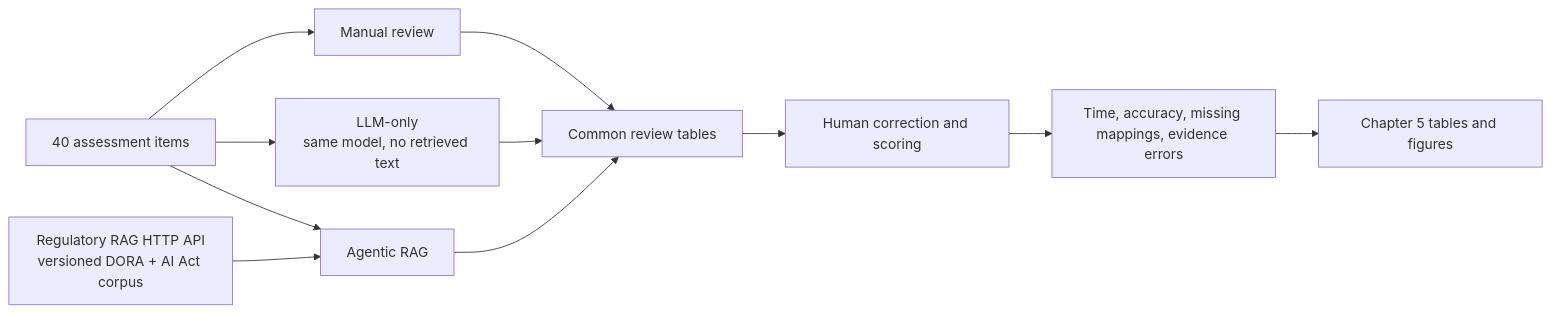
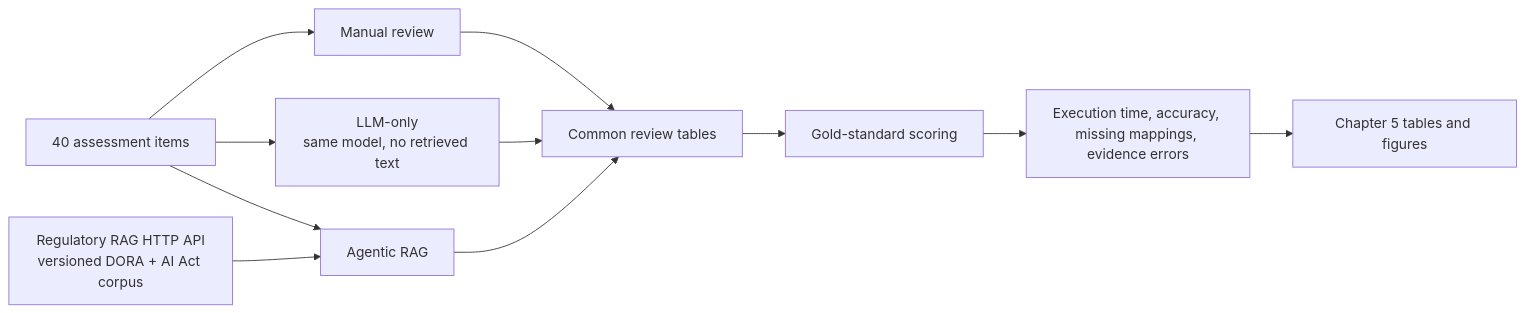
The first of 2 diagrams in thesis_outputs/system_diagrams.md (liyouqi/ai-cyber-risk-thesis), drawn with Mermaid before and after one commit. The commit also changed other lines of this file and 33 other files, not shown here.

````diff
--- a/thesis_outputs/system_diagrams.md
+++ b/thesis_outputs/system_diagrams.md
@@ -8,13 +8,13 @@
 ```mermaid
 flowchart LR
     D[40 assessment items] --> M[Manual review]
     D --> L[LLM-only<br/>same model, no retrieved text]
     D --> A[Agentic RAG]
     R[Regulatory RAG HTTP API<br/>versioned DORA + AI Act corpus] --> A
     M --> O[Common review tables]
     L --> O
     A --> O
-    O --> H[Human correction and scoring]
-    H --> C[Time, accuracy, missing mappings, evidence errors]
+    O --> H[Gold-standard scoring]
+    H --> C[Execution time, accuracy, missing mappings, evidence errors]
     C --> T[Chapter 5 tables and figures]
 ```
````
